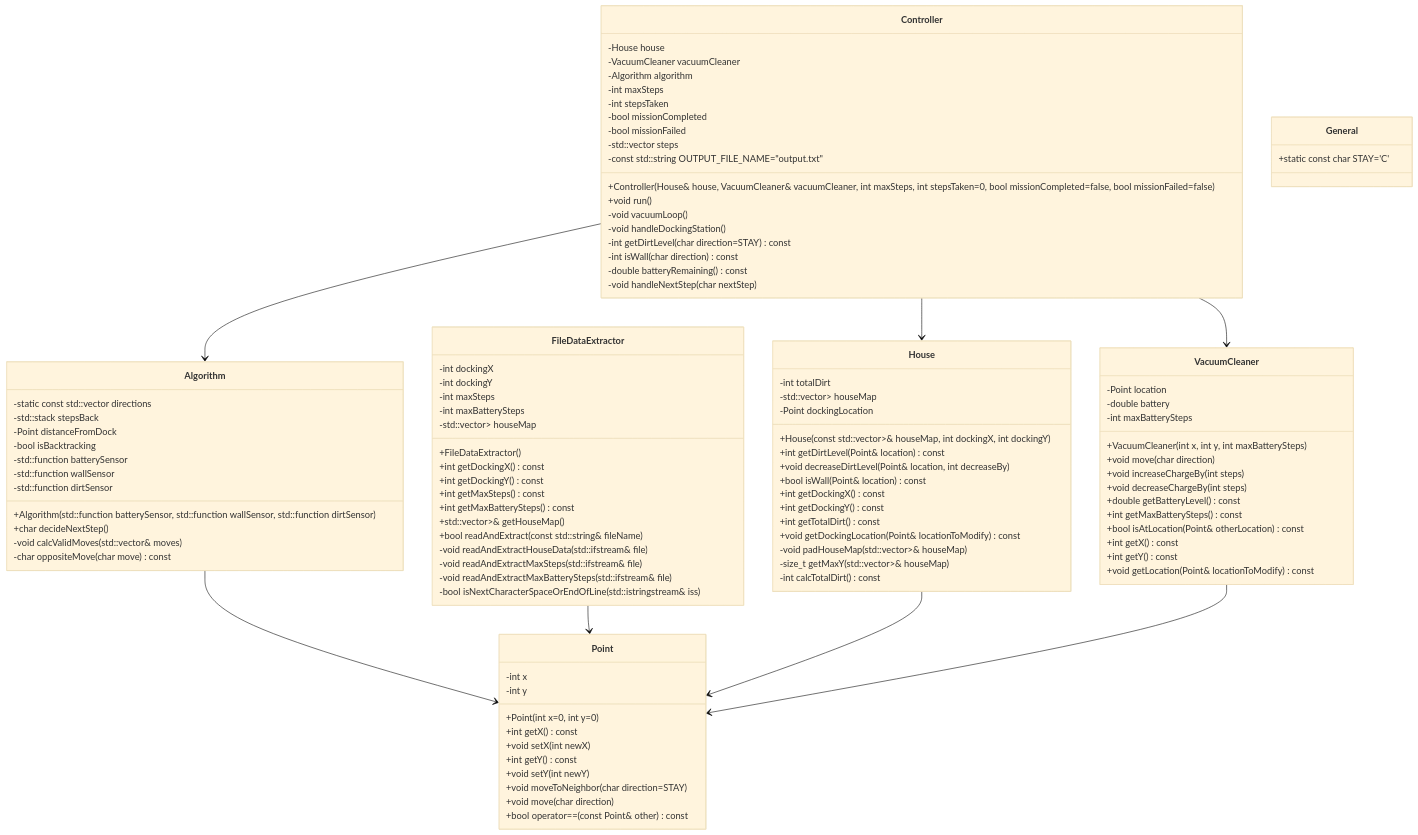
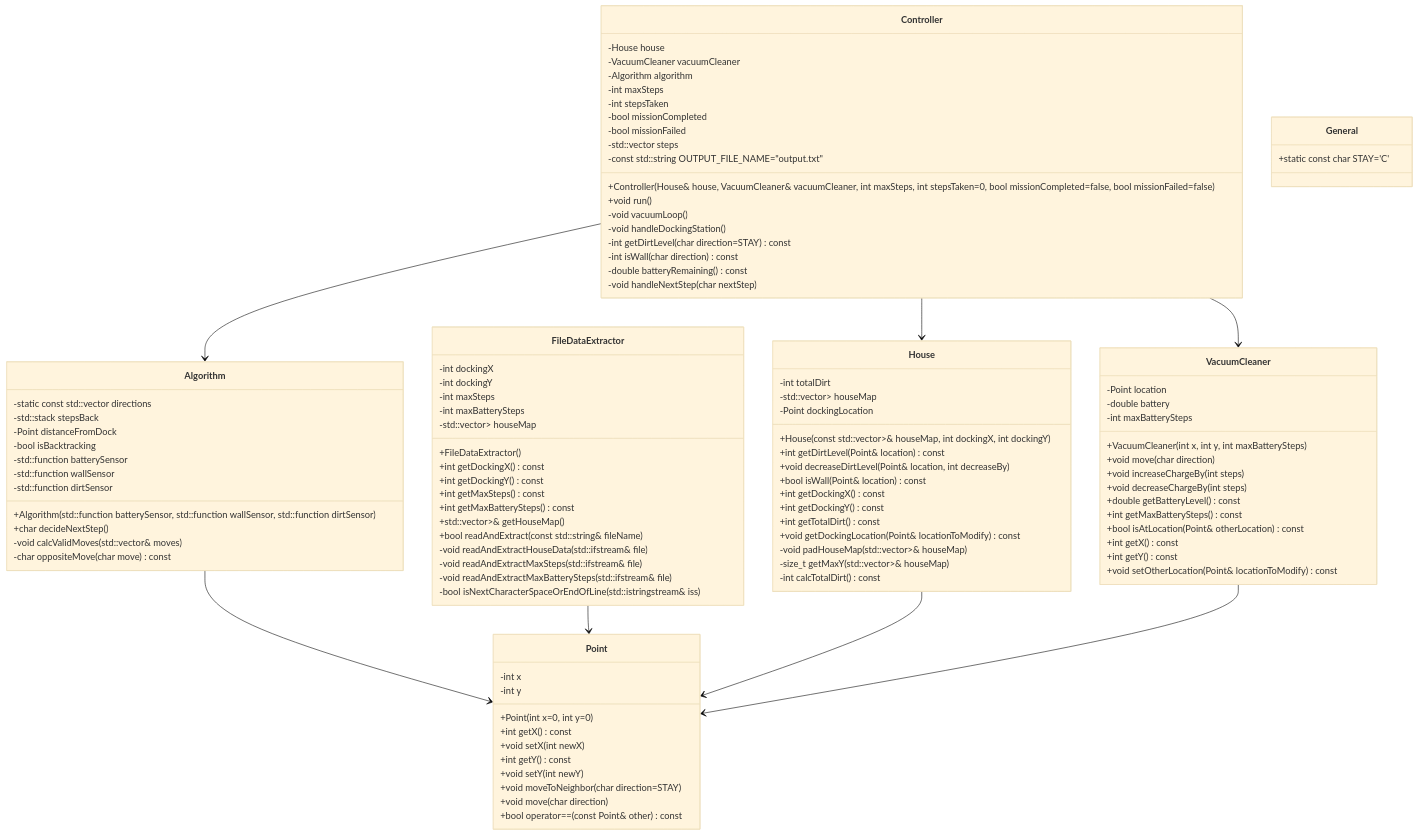
Before and after one commit to AmitRockBear/Advanced_Topics_In_Programming_hw1: the diagram in mermaid/classDiagram.mmd, drawn with Mermaid (base theme). The commit also changed 8 other files, not shown here.

```diff
--- a/mermaid/classDiagram.mmd
+++ b/mermaid/classDiagram.mmd
@@ -1,111 +1,111 @@
 classDiagram
     class Algorithm {
         +Algorithm(std::function<double()> batterySensor, std::function<bool(char)> wallSensor, std::function<int(char)> dirtSensor)
         +char decideNextStep()
         -void calcValidMoves(std::vector<char>& moves)
         -char oppositeMove(char move) const
         -static const std::vector<char> directions
         -std::stack<char> stepsBack
         -Point distanceFromDock
         -bool isBacktracking
         -std::function<double> batterySensor
         -std::function<bool,char> wallSensor
         -std::function<int,char> dirtSensor
     }
 
     class Controller {
         +Controller(House& house, VacuumCleaner& vacuumCleaner, int maxSteps, int stepsTaken=0, bool missionCompleted=false, bool missionFailed=false)
         +void run()
         -void vacuumLoop()
         -void handleDockingStation()
         -int getDirtLevel(char direction=STAY) const
         -int isWall(char direction) const
         -double batteryRemaining() const
         -void handleNextStep(char nextStep)
         -House house
         -VacuumCleaner vacuumCleaner
         -Algorithm algorithm
         -int maxSteps
         -int stepsTaken
         -bool missionCompleted
         -bool missionFailed
         -std::vector<char> steps
         -const std::string OUTPUT_FILE_NAME="output.txt"
     }
 
     class FileDataExtractor {
         +FileDataExtractor()
         +int getDockingX() const
         +int getDockingY() const
         +int getMaxSteps() const
         +int getMaxBatterySteps() const
         +std::vector<std::vector<int>>& getHouseMap()
         +bool readAndExtract(const std::string& fileName)
         -void readAndExtractHouseData(std::ifstream& file)
         -void readAndExtractMaxSteps(std::ifstream& file)
         -void readAndExtractMaxBatterySteps(std::ifstream& file)
         -bool isNextCharacterSpaceOrEndOfLine(std::istringstream& iss)
         -int dockingX
         -int dockingY
         -int maxSteps
         -int maxBatterySteps
         -std::vector<std::vector<int>> houseMap
     }
 
     class General {
         +static const char STAY='C'
     }
 
     class House {
         +House(const std::vector<std::vector<int>>& houseMap, int dockingX, int dockingY)
         +int getDirtLevel(Point& location) const
         +void decreaseDirtLevel(Point& location, int decreaseBy)
         +bool isWall(Point& location) const
         +int getDockingX() const
         +int getDockingY() const
         +int getTotalDirt() const
         +void getDockingLocation(Point& locationToModify) const
         -void padHouseMap(std::vector<std::vector<int>>& houseMap)
         -size_t getMaxY(std::vector<std::vector<int>>& houseMap)
         -int totalDirt
         -int calcTotalDirt() const
         -std::vector<std::vector<int>> houseMap
         -Point dockingLocation
     }
 
     class Point {
         +Point(int x=0, int y=0)
         +int getX() const
         +void setX(int newX)
         +int getY() const
         +void setY(int newY)
         +void moveToNeighbor(char direction=STAY)
         +void move(char direction)
         +bool operator==(const Point& other) const
         -int x
         -int y
     }
 
     class VacuumCleaner {
         +VacuumCleaner(int x, int y, int maxBatterySteps)
         +void move(char direction)
         +void increaseChargeBy(int steps)
         +void decreaseChargeBy(int steps)
         +double getBatteryLevel() const
         +int getMaxBatterySteps() const
         +bool isAtLocation(Point& otherLocation) const
         +int getX() const
         +int getY() const
-        +void getLocation(Point& locationToModify) const
+        +void setOtherLocation(Point& locationToModify) const
         -Point location
         -double battery
         -int maxBatterySteps
     }
 
     Algorithm --> Point
     Controller --> House
     Controller --> VacuumCleaner
     Controller --> Algorithm
     FileDataExtractor --> Point
     House --> Point
     VacuumCleaner --> Point
```
